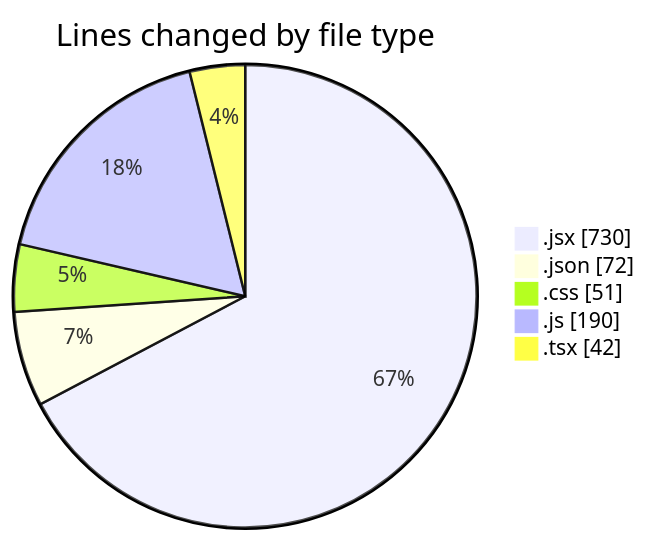
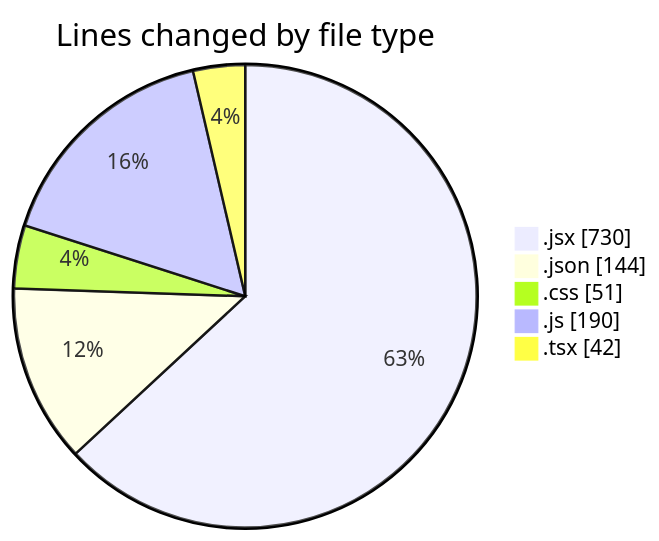
The first of 2 diagrams in 2026-03-19/commonwealth-front-end-task/README.md (momahboobian/code-tracking), drawn with Mermaid before and after one commit. The commit also changed other lines of this file and 1 other file, not shown here.

````diff
--- a/2026-03-19/commonwealth-front-end-task/README.md
+++ b/2026-03-19/commonwealth-front-end-task/README.md
@@ -27,9 +27,9 @@
 ```mermaid
 pie showData
 title Lines changed by file type
 ".jsx" : 730
-".json" : 72
+".json" : 144
 ".css" : 51
 ".js" : 190
 ".tsx" : 42
 ```
````
